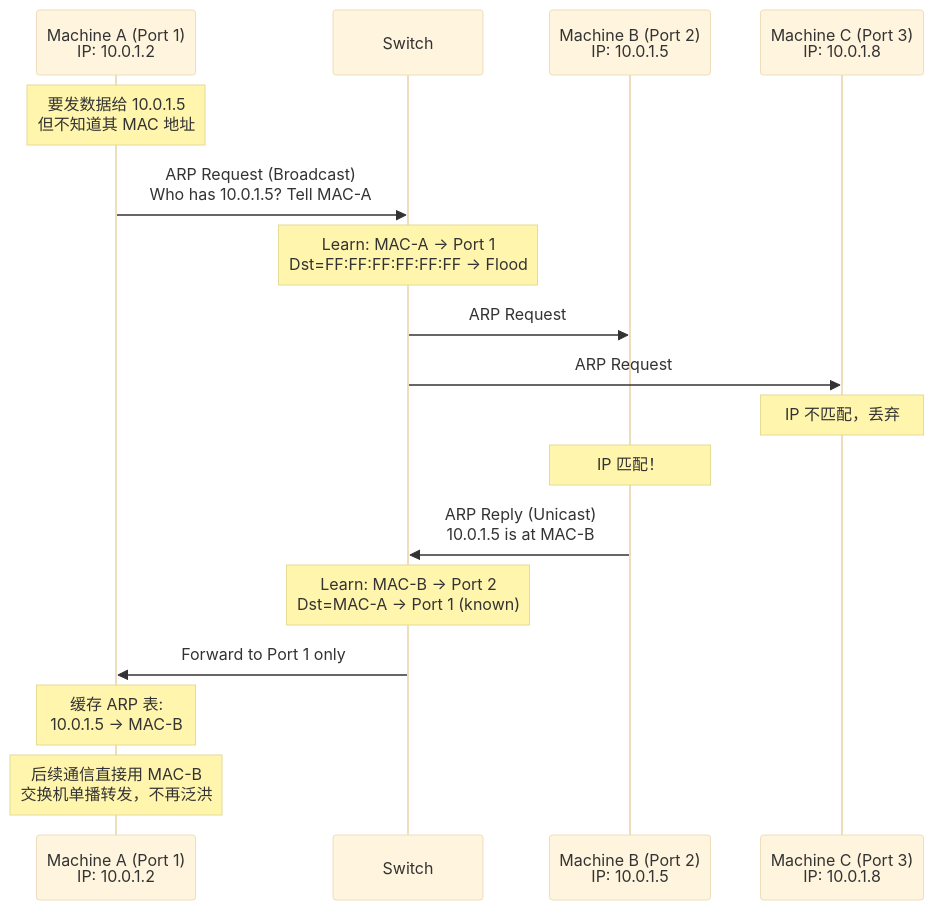
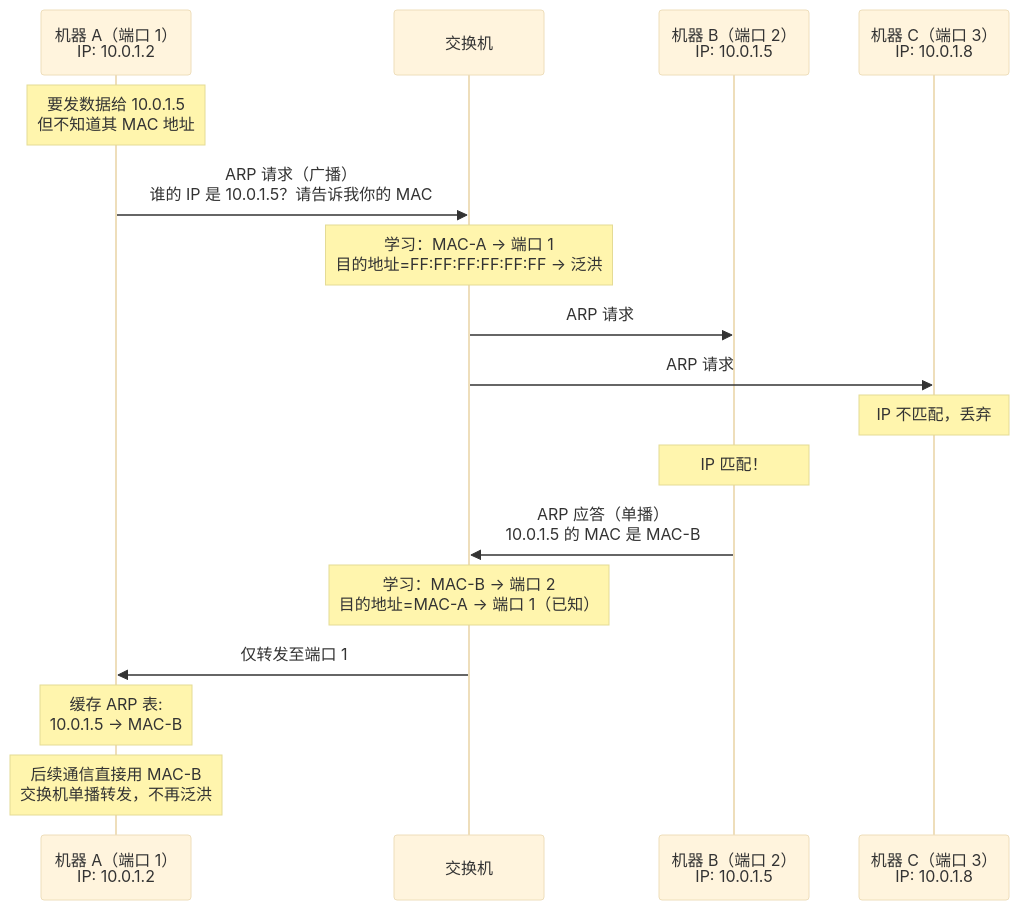
Before and after one commit to caozhiyi/network-book: the first of 2 diagrams in docs/01.一根网线两头是谁.md, drawn with Mermaid (base theme). The commit also changed other lines of this file and 77 other files, not shown here.

````diff
--- a/docs/01.一根网线两头是谁.md
+++ b/docs/01.一根网线两头是谁.md
@@ -57,20 +58,20 @@
 ```mermaid
 sequenceDiagram
-    participant A as Machine A (Port 1)<br/>IP: 10.0.1.2
-    participant SW as Switch
-    participant B as Machine B (Port 2)<br/>IP: 10.0.1.5
-    participant C as Machine C (Port 3)<br/>IP: 10.0.1.8
+    participant A as 机器 A（端口 1）<br/>IP: 10.0.1.2
+    participant SW as 交换机
+    participant B as 机器 B（端口 2）<br/>IP: 10.0.1.5
+    participant C as 机器 C（端口 3）<br/>IP: 10.0.1.8
     
     Note over A: 要发数据给 10.0.1.5<br/>但不知道其 MAC 地址
-    A->>SW: ARP Request (Broadcast)<br/>Who has 10.0.1.5? Tell MAC-A
-    Note over SW: Learn: MAC-A → Port 1<br/>Dst=FF:FF:FF:FF:FF:FF → Flood
-    SW->>B: ARP Request
-    SW->>C: ARP Request
+    A->>SW: ARP 请求（广播）<br/>谁的 IP 是 10.0.1.5？请告诉我你的 MAC
+    Note over SW: 学习：MAC-A → 端口 1<br/>目的地址=FF:FF:FF:FF:FF:FF → 泛洪
+    SW->>B: ARP 请求
+    SW->>C: ARP 请求
     Note over C: IP 不匹配，丢弃
     Note over B: IP 匹配！
-    B->>SW: ARP Reply (Unicast)<br/>10.0.1.5 is at MAC-B
-    Note over SW: Learn: MAC-B → Port 2<br/>Dst=MAC-A → Port 1 (known)
-    SW->>A: Forward to Port 1 only
+    B->>SW: ARP 应答（单播）<br/>10.0.1.5 的 MAC 是 MAC-B
+    Note over SW: 学习：MAC-B → 端口 2<br/>目的地址=MAC-A → 端口 1（已知）
+    SW->>A: 仅转发至端口 1
     Note over A: 缓存 ARP 表:<br/>10.0.1.5 → MAC-B
     Note over A: 后续通信直接用 MAC-B<br/>交换机单播转发，不再泛洪
 ```
````
